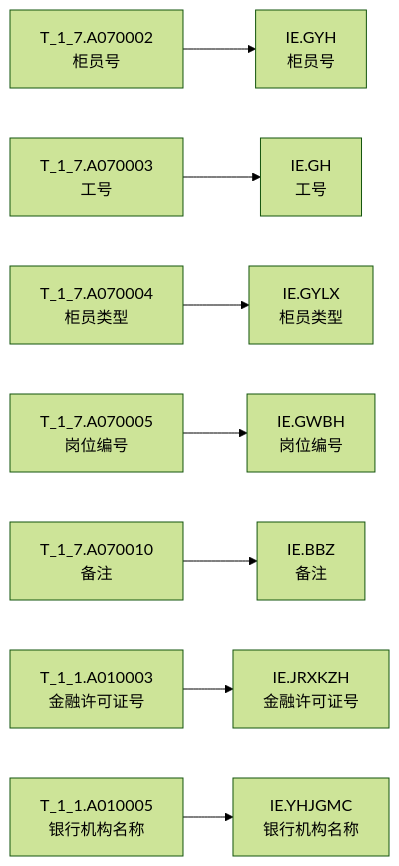
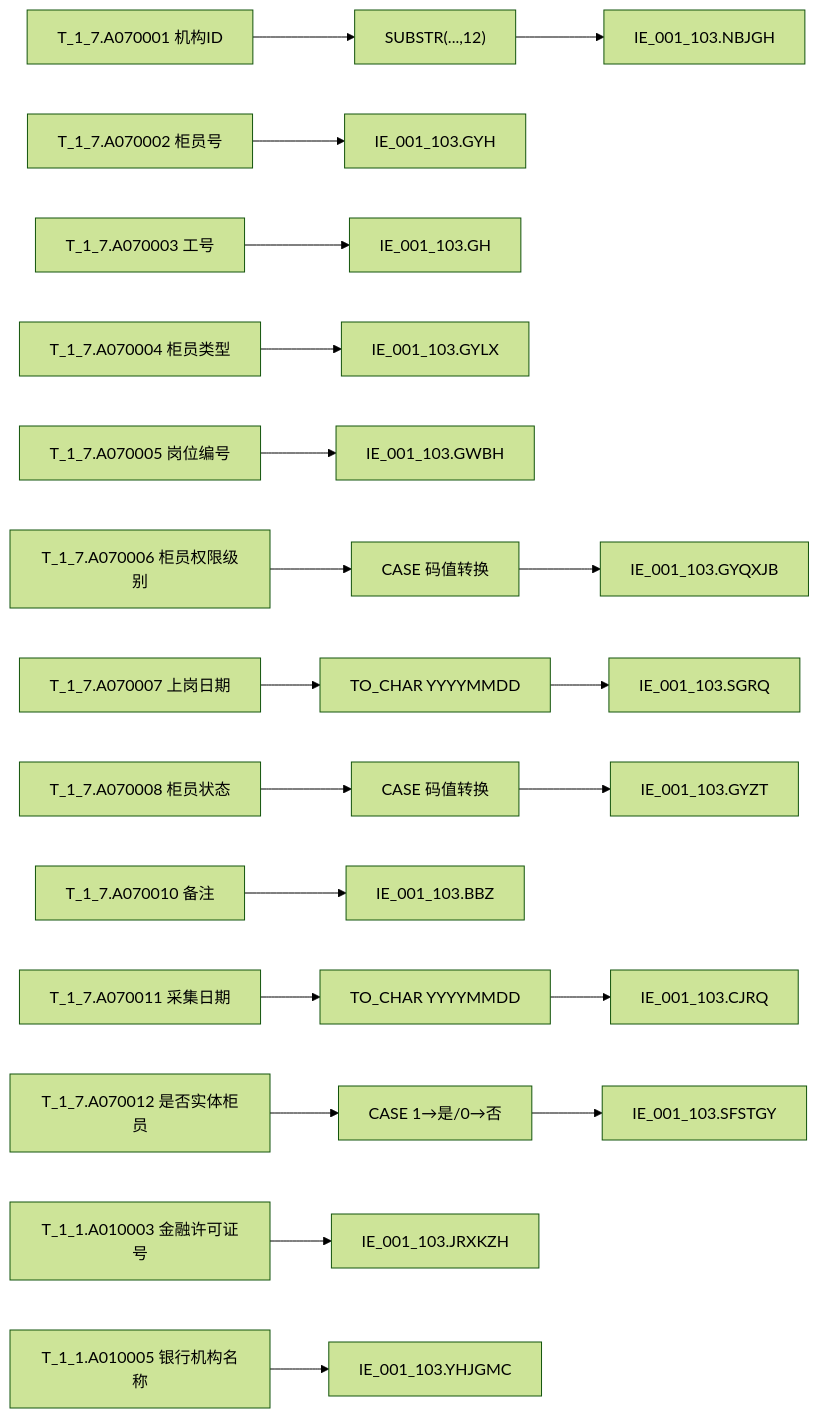
One commit to zhoujk1989-arch/Obsidian changed the second of 2 diagrams in regulatory-data-lab/血缘/EAST5.0系统/血缘-IE_001_103-柜员表-EAST5.0系统.md. Above: the diagram before and after it, drawn with Mermaid (forest theme). The commit also changed other lines of this file and 9 other files, not shown here.

````diff
--- a/regulatory-data-lab/血缘/EAST5.0系统/血缘-IE_001_103-柜员表-EAST5.0系统.md
+++ b/regulatory-data-lab/血缘/EAST5.0系统/血缘-IE_001_103-柜员表-EAST5.0系统.md
@@ -69,10 +127,16 @@
 ```mermaid
-graph LR
-    T1_7_A070002["T_1_7.A070002\n柜员号"] --> IE_GYH["IE.GYH\n柜员号"]
-    T1_7_A070003["T_1_7.A070003\n工号"] --> IE_GH["IE.GH\n工号"]
-    T1_7_A070004["T_1_7.A070004\n柜员类型"] --> IE_GYLX["IE.GYLX\n柜员类型"]
-    T1_7_A070005["T_1_7.A070005\n岗位编号"] --> IE_GWBH["IE.GWBH\n岗位编号"]
-    T1_7_A070010["T_1_7.A070010\n备注"] --> IE_BBZ["IE.BBZ\n备注"]
-    T1_1_A010003["T_1_1.A010003\n金融许可证号"] --> IE_JRXKZH["IE.JRXKZH\n金融许可证号"]
-    T1_1_A010005["T_1_1.A010005\n银行机构名称"] --> IE_YHJGMC["IE.YHJGMC\n银行机构名称"]
+flowchart LR
+    T1_7_A070001["T_1_7.A070001 机构ID"] --> NBJGH["SUBSTR(...,12)"] --> IE_NBJGH["IE_001_103.NBJGH"]
+    T1_7_A070002["T_1_7.A070002 柜员号"] --> IE_GYH["IE_001_103.GYH"]
+    T1_7_A070003["T_1_7.A070003 工号"] --> IE_GH["IE_001_103.GH"]
+    T1_7_A070004["T_1_7.A070004 柜员类型"] --> IE_GYLX["IE_001_103.GYLX"]
+    T1_7_A070005["T_1_7.A070005 岗位编号"] --> IE_GWBH["IE_001_103.GWBH"]
+    T1_7_A070006["T_1_7.A070006 柜员权限级别"] --> GYQXJB["CASE 码值转换"] --> IE_GYQXJB["IE_001_103.GYQXJB"]
+    T1_7_A070007["T_1_7.A070007 上岗日期"] --> SGRQ["TO_CHAR YYYYMMDD"] --> IE_SGRQ["IE_001_103.SGRQ"]
+    T1_7_A070008["T_1_7.A070008 柜员状态"] --> GYZT["CASE 码值转换"] --> IE_GYZT["IE_001_103.GYZT"]
+    T1_7_A070010["T_1_7.A070010 备注"] --> IE_BBZ["IE_001_103.BBZ"]
+    T1_7_A070011["T_1_7.A070011 采集日期"] --> CJRQ["TO_CHAR YYYYMMDD"] --> IE_CJRQ["IE_001_103.CJRQ"]
+    T1_7_A070012["T_1_7.A070012 是否实体柜员"] --> SFSTGY["CASE 1→是/0→否"] --> IE_SFSTGY["IE_001_103.SFSTGY"]
+    T1_1_A010003["T_1_1.A010003 金融许可证号"] --> IE_JRXKZH["IE_001_103.JRXKZH"]
+    T1_1_A010005["T_1_1.A010005 银行机构名称"] --> IE_YHJGMC["IE_001_103.YHJGMC"]
 ```
````
